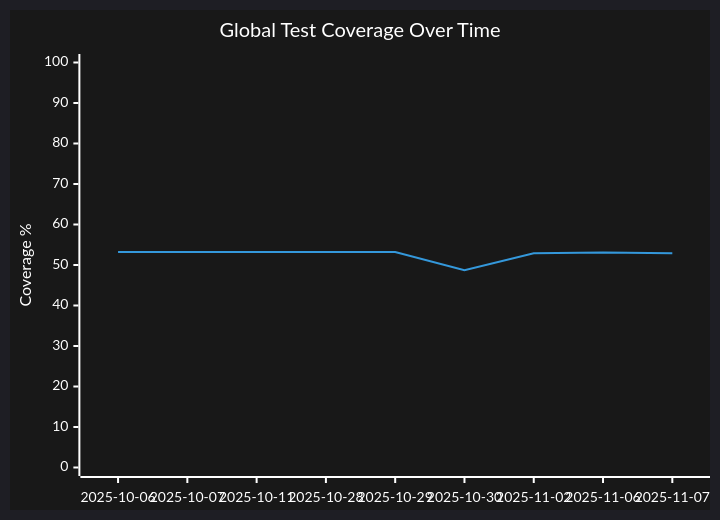
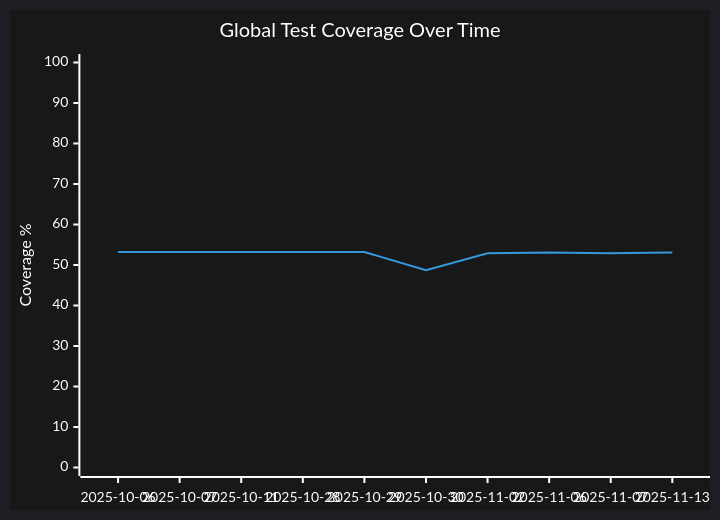
The third of 3 diagrams in docs/TEST_COVERAGE.md (dianlight/srat), drawn with Mermaid before and after one commit. The commit also changed other lines of this file and 1 other file, not shown here.

````diff
--- a/docs/TEST_COVERAGE.md
+++ b/docs/TEST_COVERAGE.md
@@ -181,8 +181,8 @@
 ```mermaid
 %%{init: {'theme':'dark', 'themeVariables': { 'primaryColor':'#222','primaryTextColor':'#fff','primaryBorderColor':'#388E3C','lineColor':'#2196F3','secondaryColor':'#FFC107','tertiaryColor':'#fff','background':'#181818'}}}%%
 xychart-beta
   title "Global Test Coverage Over Time"
-  x-axis [2025-10-06, 2025-10-07, 2025-10-11, 2025-10-28, 2025-10-29, 2025-10-30, 2025-11-02, 2025-11-06, 2025-11-07]
+  x-axis [2025-10-06, 2025-10-07, 2025-10-11, 2025-10-28, 2025-10-29, 2025-10-30, 2025-11-02, 2025-11-06, 2025-11-07, 2025-11-13]
   y-axis "Coverage %" 0 --> 100
-  line [53.2, 53.2, 53.2, 53.2, 53.2, 48.7, 52.9, 53.1, 52.9]
+  line [53.2, 53.2, 53.2, 53.2, 53.2, 48.7, 52.9, 53.1, 52.9, 53.1]
 ```
````
